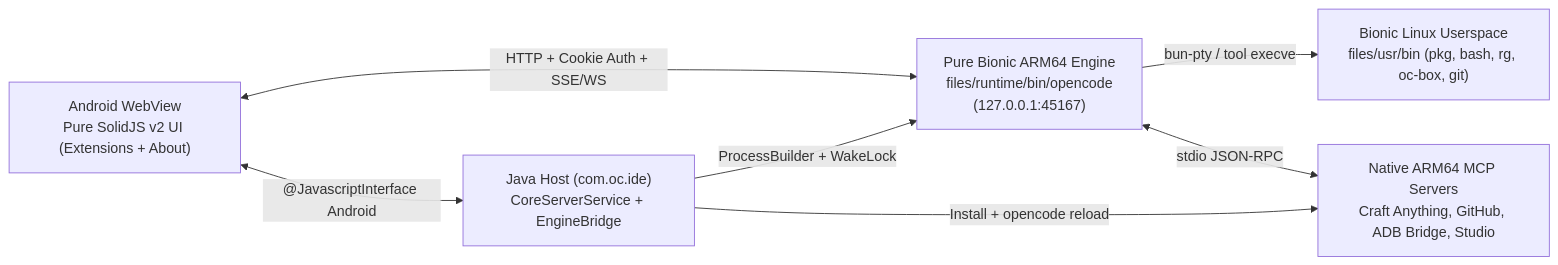
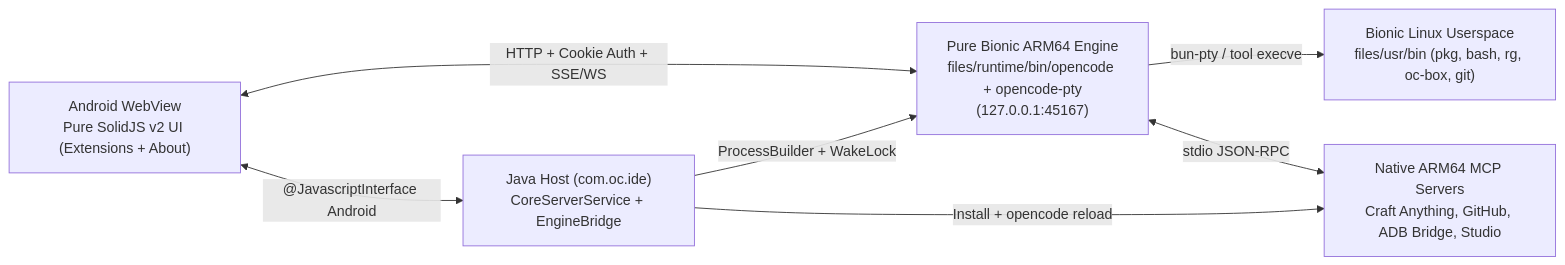
Before and after one commit to Yhoanes/opencode-android: the diagram in docs/ARCHITECTURE.md, drawn with Mermaid. The commit also changed other lines of this file and 36 other files, not shown here.

````diff
--- a/docs/ARCHITECTURE.md
+++ b/docs/ARCHITECTURE.md
@@ -5,15 +5,15 @@
 ```mermaid
 flowchart LR
     UI["Android WebView<br/>Pure SolidJS v2 UI (Extensions + About)"]
     J["Java Host (com.oc.ide)<br/>CoreServerService + EngineBridge"]
-    OC["Pure Bionic ARM64 Engine<br/>files/runtime/bin/opencode<br/>(127.0.0.1:45167)"]
+    OC["Pure Bionic ARM64 Engine<br/>files/runtime/bin/opencode + opencode-pty<br/>(127.0.0.1:45167)"]
     USR["Bionic Linux Userspace<br/>files/usr/bin (pkg, bash, rg, oc-box, git)"]
     MCP["Native ARM64 MCP Servers<br/>Craft Anything, GitHub, ADB Bridge, Studio"]
 
     UI <-->|"HTTP + Cookie Auth + SSE/WS"| OC
     UI <-->|"@JavascriptInterface Android"| J
     J -->|"ProcessBuilder + WakeLock"| OC
     OC -->|"bun-pty / tool execve"| USR
     OC <-->|"stdio JSON-RPC"| MCP
     J -->|"Install + opencode reload"| MCP
 ```
````
